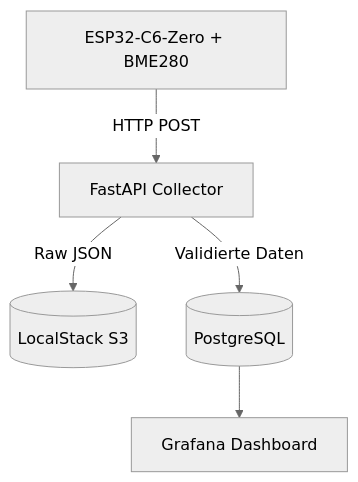
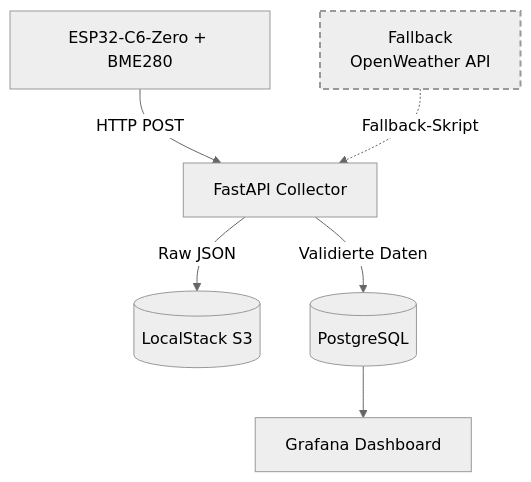
Before and after one commit to Jakob-Benjamin-Dorn/IOT-Wetterdaten-Pipeline: the first of 3 diagrams in README.md, drawn with Mermaid (neutral theme). The commit also changed other lines of this file, not shown here.

Commit message:
docs: improve README badges and architecture documentation

````diff
--- a/README.md
+++ b/README.md
@@ -46,7 +43,12 @@
 ```mermaid
-graph TD
-    ESP[ESP32-C6-Zero + BME280] -->|HTTP POST| FastAPI[FastAPI Collector]
+flowchart TD
+    ESP["ESP32-C6-Zero + BME280"] -->|HTTP POST| FastAPI["FastAPI Collector"]
+    OW["Fallback<br/>OpenWeather API"] -.->|Fallback-Skript| FastAPI
+
     FastAPI -->|Raw JSON| S3[(LocalStack S3)]
     FastAPI -->|Validierte Daten| PG[(PostgreSQL)]
-    PG --> Grafana[Grafana Dashboard]
+    PG --> Grafana["Grafana Dashboard"]
+
+    classDef fallback stroke-width:2px,stroke-dasharray:6 4
+    class OW fallback
 ```
````
